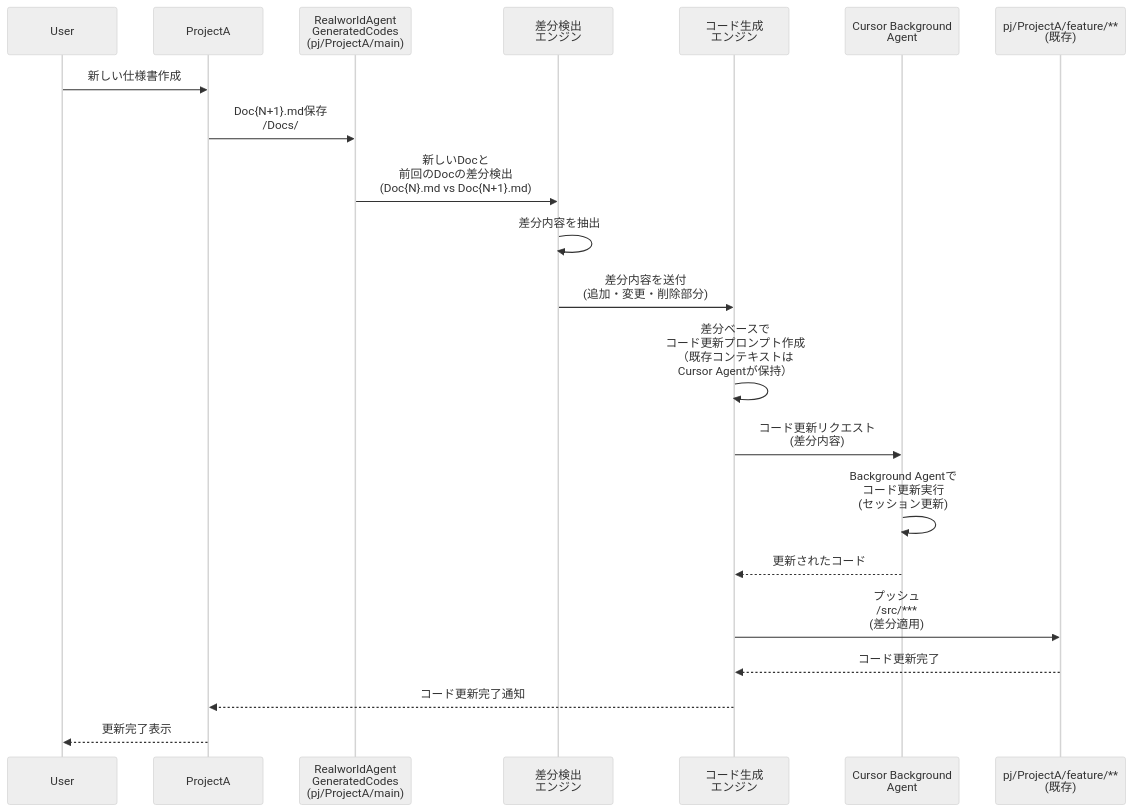
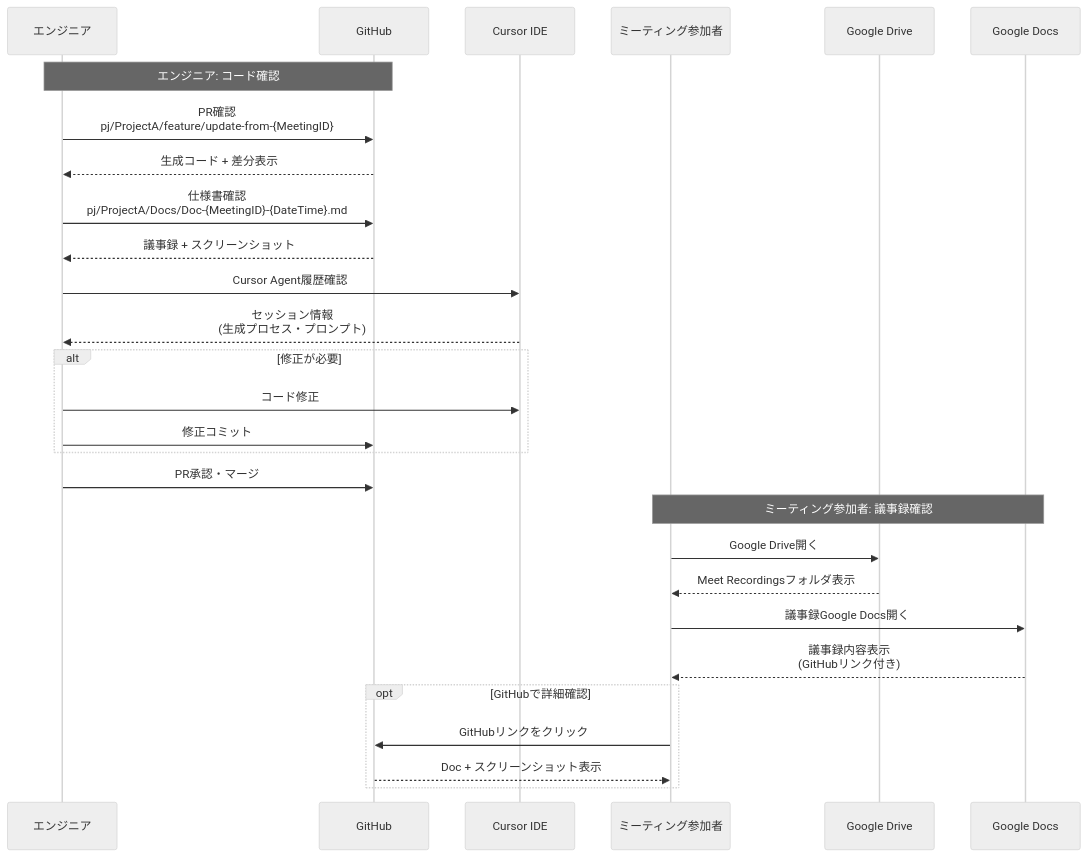
One commit to supertask/MentraAgent changed the sixth of 10 diagrams in docs/RealworldAgent_Diagrams.md. Above: the diagram before and after it, drawn with Mermaid (neutral theme). The commit also changed other lines of this file and 32 other files, not shown here.

````diff
--- a/docs/RealworldAgent_Diagrams.md
+++ b/docs/RealworldAgent_Diagrams.md
@@ -56,30 +411,37 @@
 ```mermaid
 sequenceDiagram
-    participant User
-    participant ProjectA as ProjectA
-    participant RWARepo as RealworldAgent<br/>GeneratedCodes<br/>(pj/ProjectA/main)
-    participant DiffDetector as 差分検出<br/>エンジン
-    participant CodeGenerator as コード生成<br/>エンジン
-    participant CursorBgAgent as Cursor Background<br/>Agent
-    participant FeatureBranch as pj/ProjectA/feature/**<br/>(既存)
-
-    User->>ProjectA: 新しい仕様書作成
-    ProjectA->>RWARepo: Doc{N+1}.md保存<br/>/Docs/
-
-    RWARepo->>DiffDetector: 新しいDocと<br/>前回のDocの差分検出<br/>(Doc{N}.md vs Doc{N+1}.md)
-    DiffDetector->>DiffDetector: 差分内容を抽出
-
-    DiffDetector->>CodeGenerator: 差分内容を送付<br/>(追加・変更・削除部分)
-    CodeGenerator->>CodeGenerator: 差分ベースで<br/>コード更新プロンプト作成<br/>（既存コンテキストは<br/>Cursor Agentが保持）
-
-    CodeGenerator->>CursorBgAgent: コード更新リクエスト<br/>(差分内容)
-    CursorBgAgent->>CursorBgAgent: Background Agentで<br/>コード更新実行<br/>(セッション更新)
-
-    CursorBgAgent-->>CodeGenerator: 更新されたコード
-
-    CodeGenerator->>FeatureBranch: プッシュ<br/>/src/***<br/>(差分適用)
-
-    FeatureBranch-->>CodeGenerator: コード更新完了
-    CodeGenerator-->>ProjectA: コード更新完了通知
-    ProjectA-->>User: 更新完了表示
+    participant Engineer as エンジニア
+    participant GitHub as GitHub
+    participant CursorIDE as Cursor IDE
+    participant User as ミーティング参加者
+    participant Drive as Google Drive
+    participant Docs as Google Docs
+    
+    Note over Engineer,GitHub: エンジニア: コード確認
+    Engineer->>GitHub: PR確認<br/>pj/ProjectA/feature/update-from-{MeetingID}
+    GitHub-->>Engineer: 生成コード + 差分表示
+    
+    Engineer->>GitHub: 仕様書確認<br/>pj/ProjectA/Docs/Doc-{MeetingID}-{DateTime}.md
+    GitHub-->>Engineer: 議事録 + スクリーンショット
+    
+    Engineer->>CursorIDE: Cursor Agent履歴確認
+    CursorIDE-->>Engineer: セッション情報<br/>(生成プロセス・プロンプト)
+    
+    alt 修正が必要
+        Engineer->>CursorIDE: コード修正
+        Engineer->>GitHub: 修正コミット
+    end
+    
+    Engineer->>GitHub: PR承認・マージ
+    
+    Note over User,Docs: ミーティング参加者: 議事録確認
+    User->>Drive: Google Drive開く
+    Drive-->>User: Meet Recordingsフォルダ表示
+    User->>Docs: 議事録Google Docs開く
+    Docs-->>User: 議事録内容表示<br/>(GitHubリンク付き)
+    
+    opt GitHubで詳細確認
+        User->>GitHub: GitHubリンクをクリック
+        GitHub-->>User: Doc + スクリーンショット表示
+    end
 ```
````
